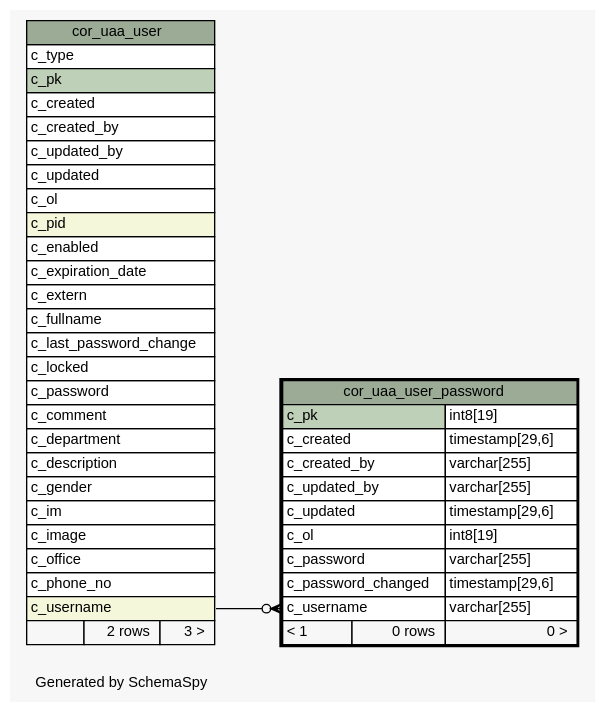
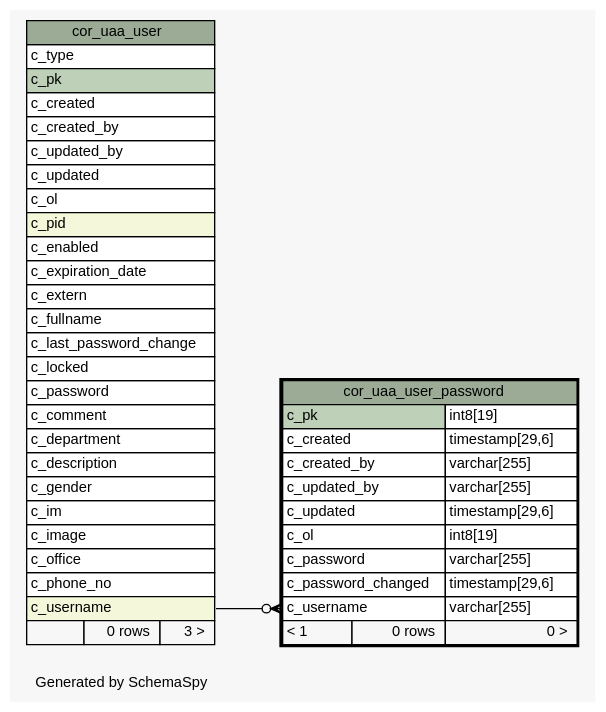
The diagram in 2.0.0-SNAPSHOT/schemaspy/diagrams/cor_uaa_user_password.1degree.dot (openwms/org.openwms.core.uaa), drawn with Graphviz before and after one commit. The commit also changed 242 other files, not shown here.

```diff
--- a/2.0.0-SNAPSHOT/schemaspy/diagrams/cor_uaa_user_password.1degree.dot
+++ b/2.0.0-SNAPSHOT/schemaspy/diagrams/cor_uaa_user_password.1degree.dot
@@ -1,74 +1,74 @@
-// dot 2.43.0 on Linux 6.2.0-1012-azure
+// dot 2.43.0 on Linux 6.2.0-1018-azure
 // SchemaSpy rev Unknown
 digraph "oneDegreeRelationshipsDiagram" {
   graph [
     rankdir="RL"
     bgcolor="#f7f7f7"
     label="\nGenerated by SchemaSpy"
     labeljust="l"
     nodesep="0.18"
     ranksep="0.46"
     fontname="Helvetica"
     fontsize="11"
   ];
   node [
     fontname="Helvetica"
     fontsize="11"
     shape="plaintext"
   ];
   edge [
     arrowsize="0.8"
   ];
   "cor_uaa_user_password":"c_username":w -> "cor_uaa_user":"c_username":e [arrowhead=none dir=back arrowtail=crowodot];
   "cor_uaa_user" [
     label=<
     <TABLE BORDER="0" CELLBORDER="1" CELLSPACING="0" BGCOLOR="#ffffff">
       <TR><TD COLSPAN="3" BGCOLOR="#9bab96" ALIGN="CENTER">cor_uaa_user</TD></TR>
       <TR><TD PORT="c_type" COLSPAN="3" ALIGN="LEFT">c_type</TD></TR>
       <TR><TD PORT="c_pk" COLSPAN="3" BGCOLOR="#bed1b8" ALIGN="LEFT">c_pk</TD></TR>
       <TR><TD PORT="c_created" COLSPAN="3" ALIGN="LEFT">c_created</TD></TR>
       <TR><TD PORT="c_created_by" COLSPAN="3" ALIGN="LEFT">c_created_by</TD></TR>
       <TR><TD PORT="c_updated_by" COLSPAN="3" ALIGN="LEFT">c_updated_by</TD></TR>
       <TR><TD PORT="c_updated" COLSPAN="3" ALIGN="LEFT">c_updated</TD></TR>
       <TR><TD PORT="c_ol" COLSPAN="3" ALIGN="LEFT">c_ol</TD></TR>
       <TR><TD PORT="c_pid" COLSPAN="3" BGCOLOR="#f4f7da" ALIGN="LEFT">c_pid</TD></TR>
       <TR><TD PORT="c_enabled" COLSPAN="3" ALIGN="LEFT">c_enabled</TD></TR>
       <TR><TD PORT="c_expiration_date" COLSPAN="3" ALIGN="LEFT">c_expiration_date</TD></TR>
       <TR><TD PORT="c_extern" COLSPAN="3" ALIGN="LEFT">c_extern</TD></TR>
       <TR><TD PORT="c_fullname" COLSPAN="3" ALIGN="LEFT">c_fullname</TD></TR>
       <TR><TD PORT="c_last_password_change" COLSPAN="3" ALIGN="LEFT">c_last_password_change</TD></TR>
       <TR><TD PORT="c_locked" COLSPAN="3" ALIGN="LEFT">c_locked</TD></TR>
       <TR><TD PORT="c_password" COLSPAN="3" ALIGN="LEFT">c_password</TD></TR>
       <TR><TD PORT="c_comment" COLSPAN="3" ALIGN="LEFT">c_comment</TD></TR>
       <TR><TD PORT="c_department" COLSPAN="3" ALIGN="LEFT">c_department</TD></TR>
       <TR><TD PORT="c_description" COLSPAN="3" ALIGN="LEFT">c_description</TD></TR>
       <TR><TD PORT="c_gender" COLSPAN="3" ALIGN="LEFT">c_gender</TD></TR>
       <TR><TD PORT="c_im" COLSPAN="3" ALIGN="LEFT">c_im</TD></TR>
       <TR><TD PORT="c_image" COLSPAN="3" ALIGN="LEFT">c_image</TD></TR>
       <TR><TD PORT="c_office" COLSPAN="3" ALIGN="LEFT">c_office</TD></TR>
       <TR><TD PORT="c_phone_no" COLSPAN="3" ALIGN="LEFT">c_phone_no</TD></TR>
       <TR><TD PORT="c_username" COLSPAN="3" BGCOLOR="#f4f7da" ALIGN="LEFT">c_username</TD></TR>
-      <TR><TD ALIGN="LEFT" BGCOLOR="#f7f7f7">  </TD><TD ALIGN="RIGHT" BGCOLOR="#f7f7f7">2 rows</TD><TD ALIGN="RIGHT" BGCOLOR="#f7f7f7">3 &gt;</TD></TR>
+      <TR><TD ALIGN="LEFT" BGCOLOR="#f7f7f7">  </TD><TD ALIGN="RIGHT" BGCOLOR="#f7f7f7">0 rows</TD><TD ALIGN="RIGHT" BGCOLOR="#f7f7f7">3 &gt;</TD></TR>
     </TABLE>>
     URL="cor_uaa_user.html"
     tooltip="cor_uaa_user"
   ];
   "cor_uaa_user_password" [
     label=<
     <TABLE BORDER="2" CELLBORDER="1" CELLSPACING="0" BGCOLOR="#ffffff">
       <TR><TD COLSPAN="3" BGCOLOR="#9bab96" ALIGN="CENTER">cor_uaa_user_password</TD></TR>
       <TR><TD PORT="c_pk" COLSPAN="2" BGCOLOR="#bed1b8" ALIGN="LEFT">c_pk</TD><TD PORT="c_pk.type" ALIGN="LEFT">int8[19]</TD></TR>
       <TR><TD PORT="c_created" COLSPAN="2" ALIGN="LEFT">c_created</TD><TD PORT="c_created.type" ALIGN="LEFT">timestamp[29,6]</TD></TR>
       <TR><TD PORT="c_created_by" COLSPAN="2" ALIGN="LEFT">c_created_by</TD><TD PORT="c_created_by.type" ALIGN="LEFT">varchar[255]</TD></TR>
       <TR><TD PORT="c_updated_by" COLSPAN="2" ALIGN="LEFT">c_updated_by</TD><TD PORT="c_updated_by.type" ALIGN="LEFT">varchar[255]</TD></TR>
       <TR><TD PORT="c_updated" COLSPAN="2" ALIGN="LEFT">c_updated</TD><TD PORT="c_updated.type" ALIGN="LEFT">timestamp[29,6]</TD></TR>
       <TR><TD PORT="c_ol" COLSPAN="2" ALIGN="LEFT">c_ol</TD><TD PORT="c_ol.type" ALIGN="LEFT">int8[19]</TD></TR>
       <TR><TD PORT="c_password" COLSPAN="2" ALIGN="LEFT">c_password</TD><TD PORT="c_password.type" ALIGN="LEFT">varchar[255]</TD></TR>
       <TR><TD PORT="c_password_changed" COLSPAN="2" ALIGN="LEFT">c_password_changed</TD><TD PORT="c_password_changed.type" ALIGN="LEFT">timestamp[29,6]</TD></TR>
       <TR><TD PORT="c_username" COLSPAN="2" ALIGN="LEFT">c_username</TD><TD PORT="c_username.type" ALIGN="LEFT">varchar[255]</TD></TR>
       <TR><TD ALIGN="LEFT" BGCOLOR="#f7f7f7">&lt; 1</TD><TD ALIGN="RIGHT" BGCOLOR="#f7f7f7">0 rows</TD><TD ALIGN="RIGHT" BGCOLOR="#f7f7f7">0 &gt;</TD></TR>
     </TABLE>>
     URL="cor_uaa_user_password.html"
     tooltip="cor_uaa_user_password"
   ];
 }
```
